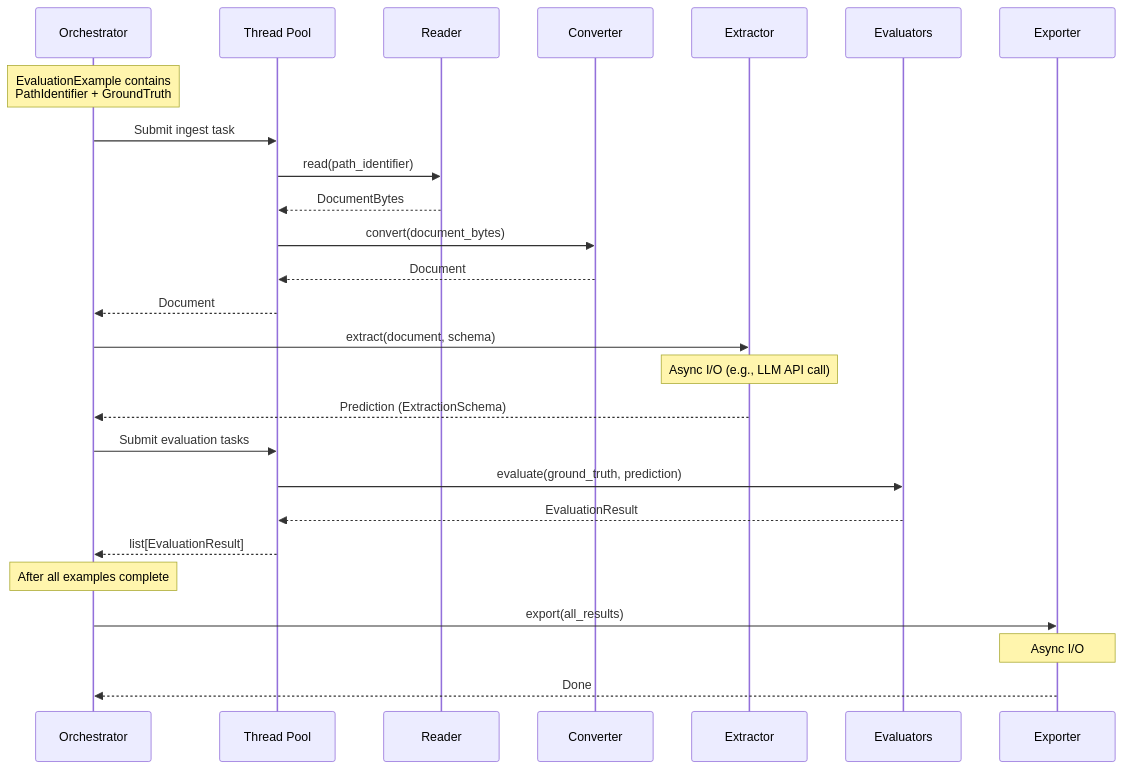
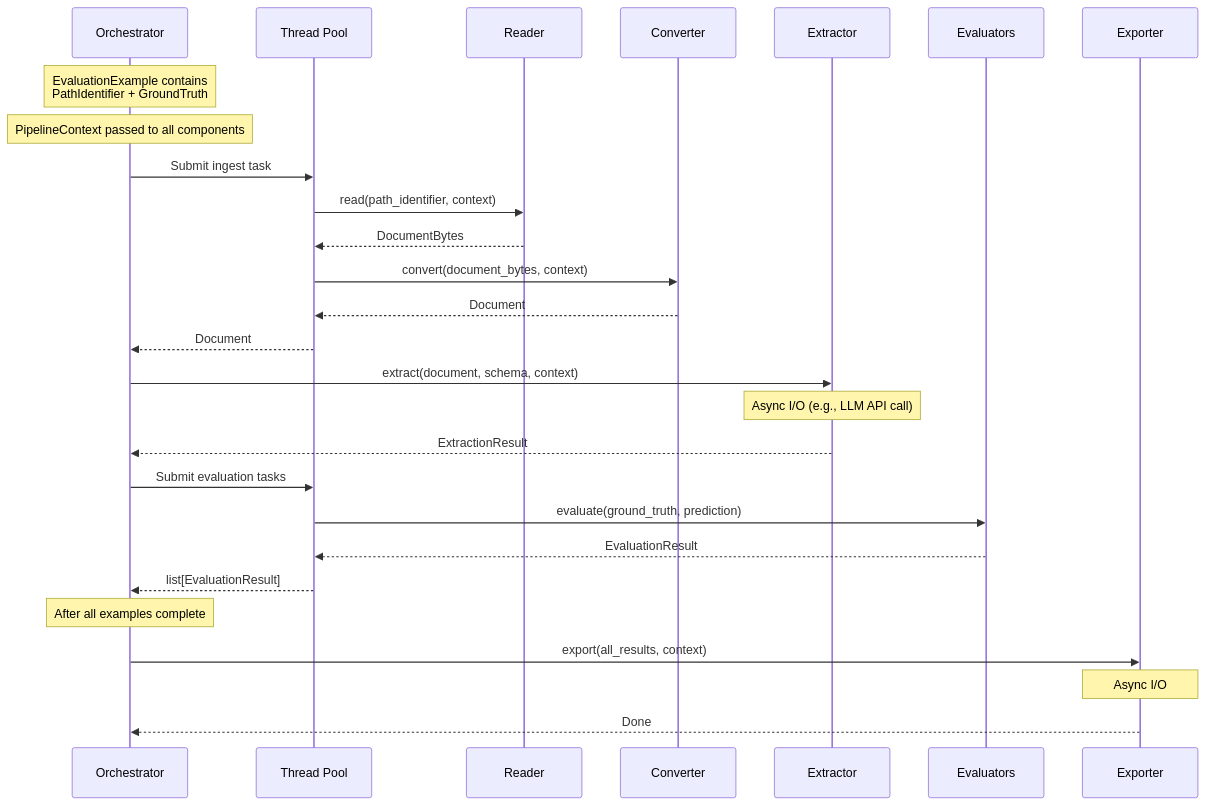
One commit to artefactory-uk/document-extraction-tools changed the second of 4 diagrams in docs/concepts/evaluation-pipeline.md. Above: the diagram before and after it, drawn with Mermaid. The commit also changed other lines of this file and 12 other files, not shown here.

````diff
--- a/docs/concepts/evaluation-pipeline.md
+++ b/docs/concepts/evaluation-pipeline.md
@@ -40,33 +40,34 @@
 ```mermaid
 sequenceDiagram
     participant O as Orchestrator
     participant TP as Thread Pool
     participant R as Reader
     participant C as Converter
     participant E as Extractor
     participant EV as Evaluators
     participant EX as Exporter
 
     Note over O: EvaluationExample contains<br/>PathIdentifier + GroundTruth
+    Note over O: PipelineContext passed to all components
 
     O->>TP: Submit ingest task
-    TP->>R: read(path_identifier)
+    TP->>R: read(path_identifier, context)
     R-->>TP: DocumentBytes
-    TP->>C: convert(document_bytes)
+    TP->>C: convert(document_bytes, context)
     C-->>TP: Document
     TP-->>O: Document
 
-    O->>E: extract(document, schema)
+    O->>E: extract(document, schema, context)
     Note over E: Async I/O (e.g., LLM API call)
-    E-->>O: Prediction (ExtractionSchema)
+    E-->>O: ExtractionResult
 
     O->>TP: Submit evaluation tasks
     TP->>EV: evaluate(ground_truth, prediction)
     EV-->>TP: EvaluationResult
     TP-->>O: list[EvaluationResult]
 
     Note over O: After all examples complete
-    O->>EX: export(all_results)
+    O->>EX: export(all_results, context)
     Note over EX: Async I/O
     EX-->>O: Done
 ```
````
